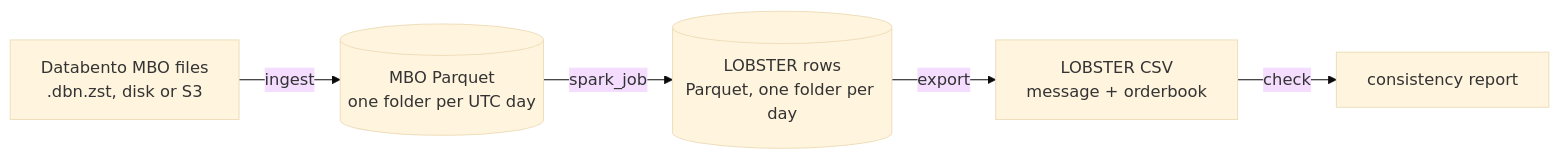
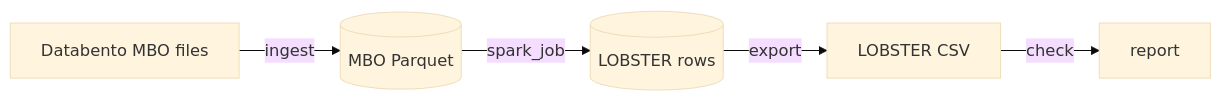
The diagram in README.md (akluu/lob-pipeline), drawn with Mermaid (base theme) before and after one commit. The commit also changed other lines of this file, not shown here.

````diff
--- a/README.md
+++ b/README.md
@@ -12,7 +9,7 @@
 ```mermaid
 flowchart LR
-    A["Databento MBO files<br/>.dbn.zst, disk or S3"] -->|ingest| B[("MBO Parquet<br/>one folder per UTC day")]
-    B -->|spark_job| C[("LOBSTER rows<br/>Parquet, one folder per day")]
-    C -->|export| D["LOBSTER CSV<br/>message + orderbook"]
-    D -->|check| E["consistency report"]
+    A["Databento MBO files"] -->|ingest| B[("MBO Parquet")]
+    B -->|spark_job| C[("LOBSTER rows")]
+    C -->|export| D["LOBSTER CSV"]
+    D -->|check| E["report"]
 ```
````
